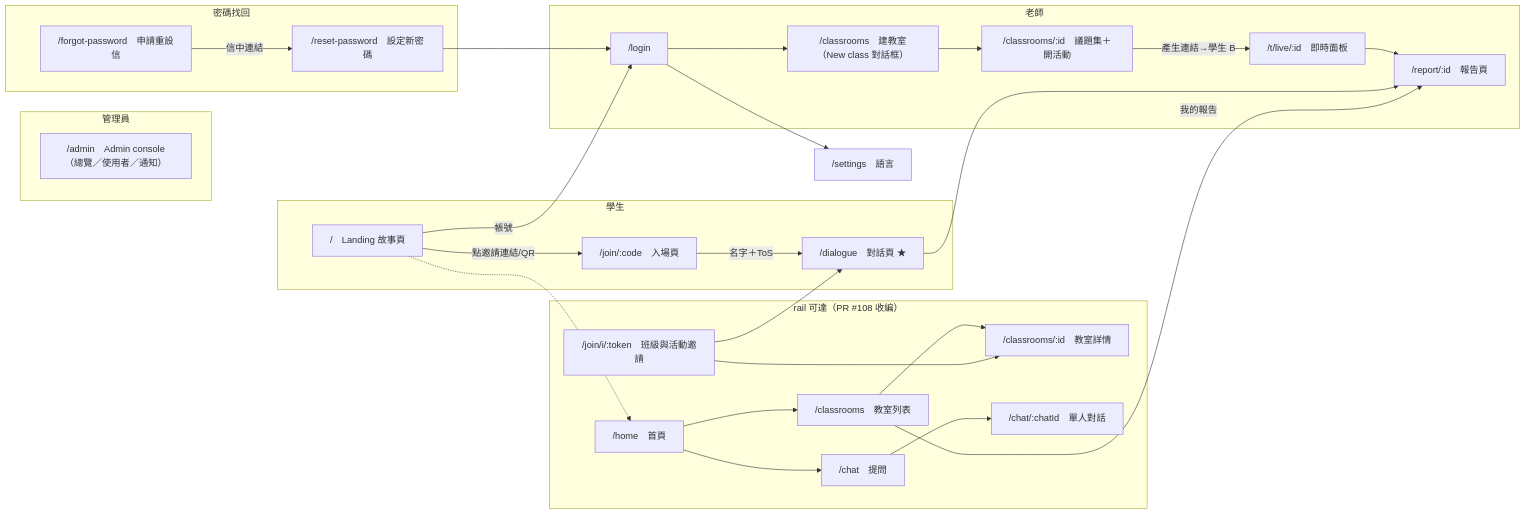
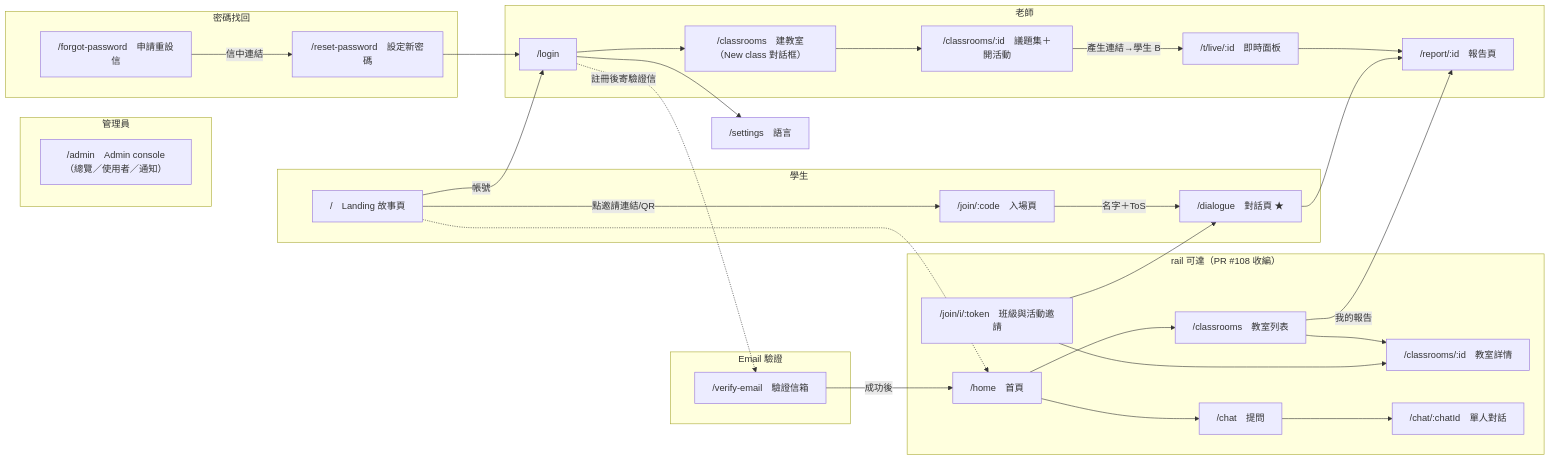
One commit to ntnu-swe-2026-team4/socrates-classroom changed the diagram in docs/frontend.md. Above: the diagram before and after it, drawn with Mermaid. The commit also changed other lines of this file and 23 other files, not shown here.

First line of the commit message:
feat(server): verify email ownership after email signup (#259) (#397)

````diff
--- a/docs/frontend.md
+++ b/docs/frontend.md
@@ -15,33 +15,37 @@
 ```mermaid
 flowchart LR
     subgraph student[學生]
         A["/　Landing 故事頁"] -->|"點邀請連結/QR"| B["/join/:code　入場頁"]
         B -->|"名字＋ToS"| D["/dialogue　對話頁 ★"]
     end
     subgraph teacher[老師]
         A -->|帳號| C["/login"]
         C --> E2["/classrooms　建教室（New class 對話框）"]
         E2 --> E["/classrooms/:id　議題集＋開活動"]
         E -->|"產生連結→學生 B"| F["/t/live/:id　即時面板"]
         F --> G["/report/:id　報告頁"]
     end
     D --> G
     C --> H["/settings　語言"]
     subgraph rail[rail 可達（PR #108 收編）]
         J["/home　首頁"] --> K["/classrooms　教室列表"]
         K --> L["/classrooms/:id　教室詳情"]
         V["/join/i/:token　班級與活動邀請"] --> L
         V --> D
         K -->|"我的報告"| G
         J --> O["/chat　提問"]
         O --> P["/chat/:chatId　單人對話"]
     end
     A -.-> J
     subgraph admin[管理員]
         I["/admin　Admin console（總覽／使用者／通知）"]
     end
     subgraph recovery[密碼找回]
         M["/forgot-password　申請重設信"] -->|"信中連結"| N["/reset-password　設定新密碼"]
     end
+    subgraph verify[Email 驗證]
+        R["/verify-email　驗證信箱"] -->|"成功後"| J
+    end
+    C -.->|"註冊後寄驗證信"| R
     N --> C
 ```
````
